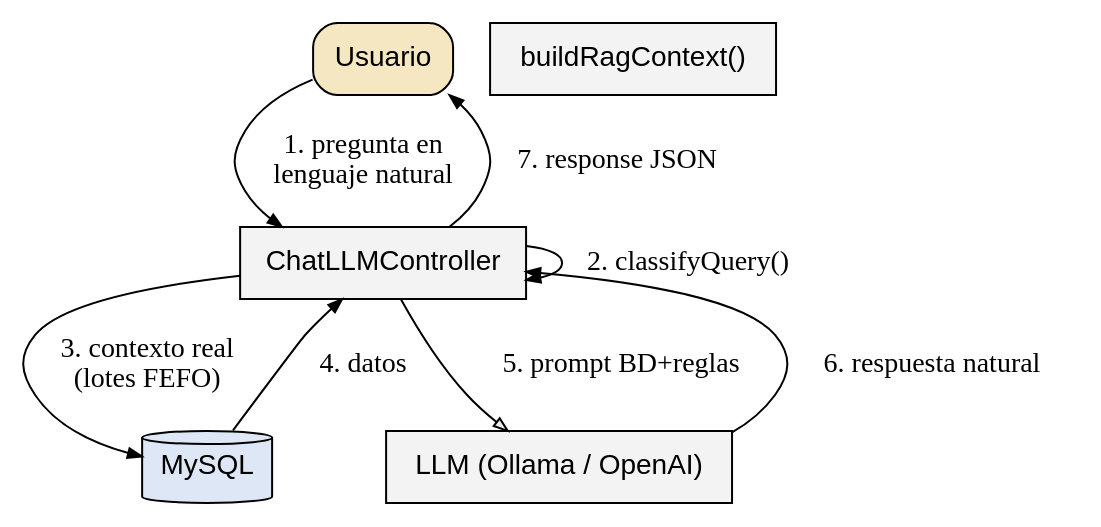
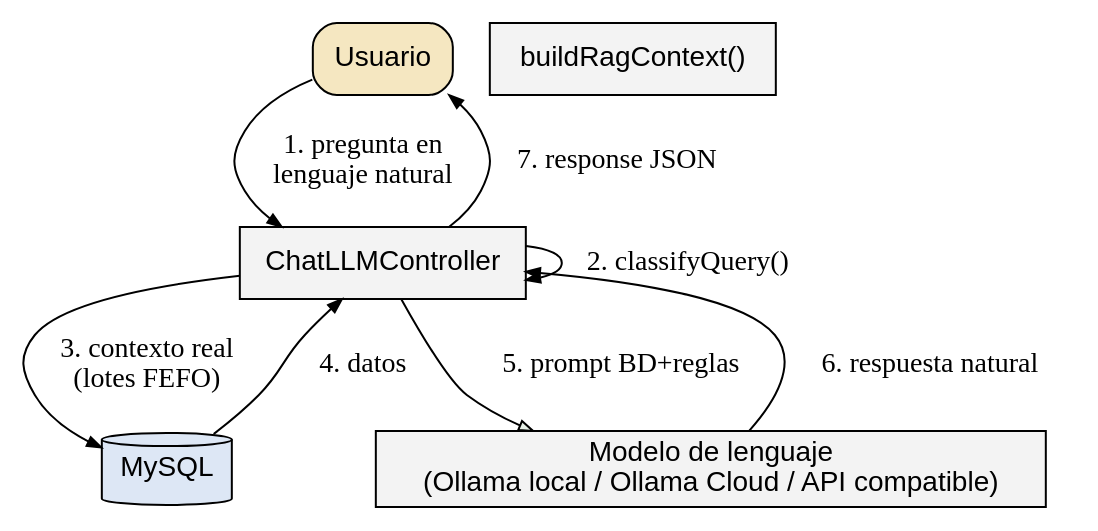
One commit to germanmurillas/gestor-inventario-pymes-llm changed the diagram in overleaf_tesis_humanizado/Anexos/Imagenes/SecuenciaConsultaRAG.dot. Above: the diagram before and after it, drawn with Graphviz. The commit also changed 30 other files, not shown here.

```diff
--- a/overleaf_tesis_humanizado/Anexos/Imagenes/SecuenciaConsultaRAG.dot
+++ b/overleaf_tesis_humanizado/Anexos/Imagenes/SecuenciaConsultaRAG.dot
@@ -1,19 +1,19 @@
 digraph SEQ_RAG {
   rankdir=TB; bgcolor=white; fontname="Helvetica"; fontsize=9;
   node [shape=box, fontname="Helvetica", fillcolor="#F3F3F3", style=filled];
   edge [arrowsize=.7];
 
   U [label="Usuario", style="rounded,filled", fillcolor="#F5E7C1"];
   CHAT [label="ChatLLMController"];
   CTX [label="buildRagContext()"];
   DB [label="MySQL", shape=cylinder, fillcolor="#DDE7F5"];
-  LLM [label="LLM (Ollama / OpenAI)"];
+  LLM [label="Modelo de lenguaje\n(Ollama local / Ollama Cloud / API compatible)"];
 
   U -> CHAT [label="1. pregunta en\nlenguaje natural"];
   CHAT -> CHAT [label="2. classifyQuery()"];
   CHAT -> DB [label="3. contexto real\n(lotes FEFO)"];
   DB -> CHAT [label="4. datos"];
   CHAT -> LLM [label="5. prompt BD+reglas", shape=oval, fillcolor="#E7F0E7"];
   LLM -> CHAT [label="6. respuesta natural"];
   CHAT -> U [label="7. response JSON"];
 }
```
